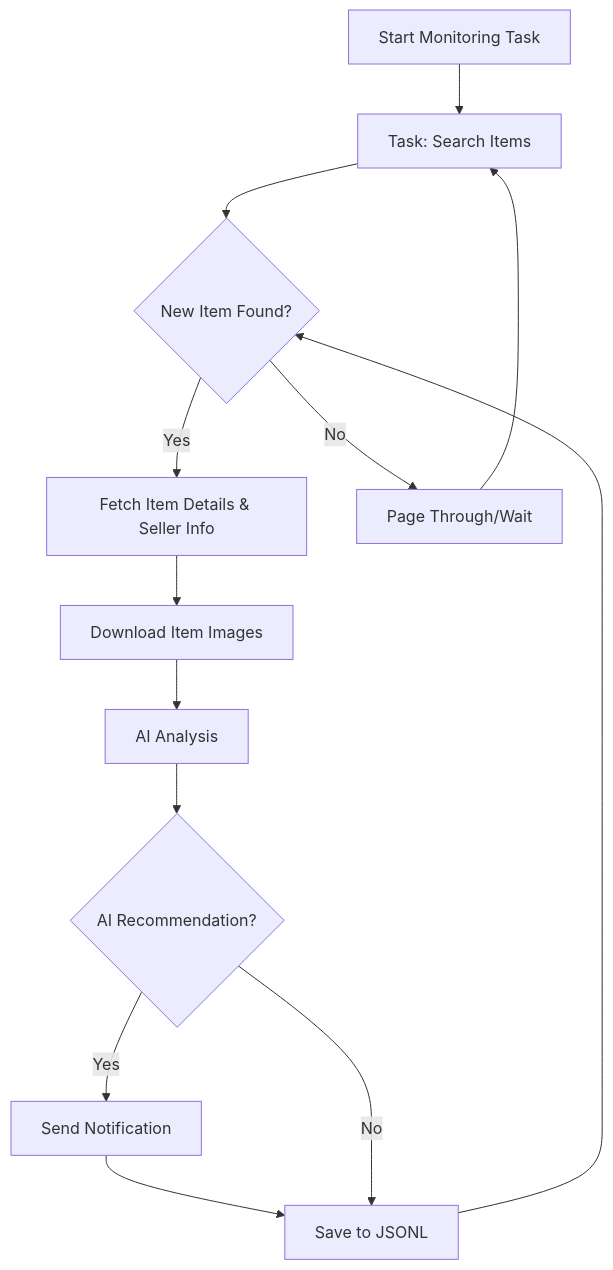
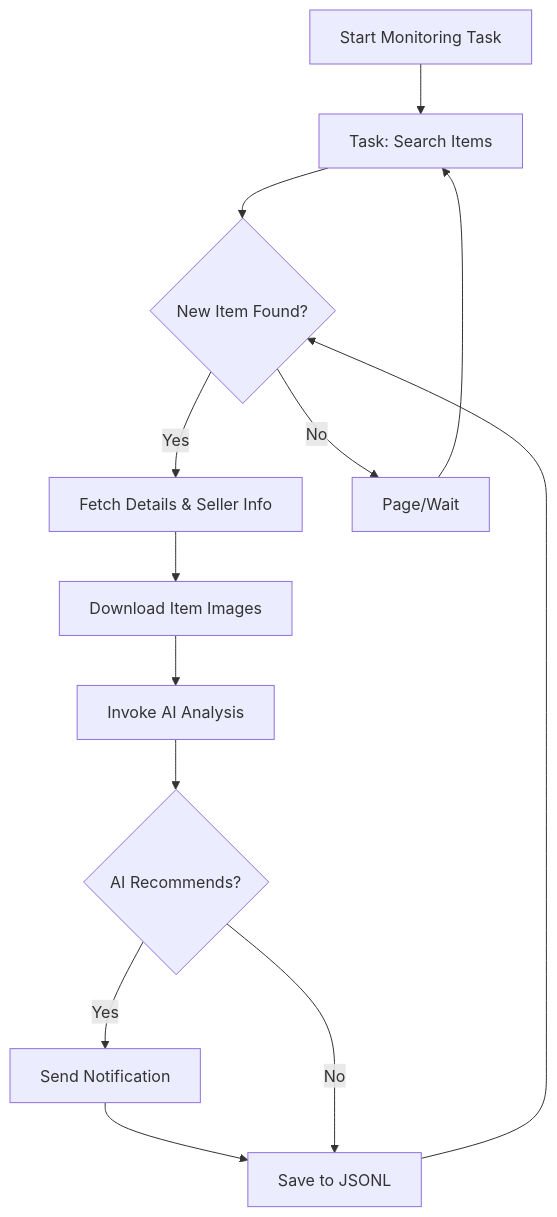
Before and after one commit to saurav-z/repo-docs: the diagram in docs/dingyufei615-ai-goofish-monitor.md, drawn with Mermaid. The commit also changed other lines of this file and 209 other files, not shown here.

````diff
--- a/docs/dingyufei615-ai-goofish-monitor.md
+++ b/docs/dingyufei615-ai-goofish-monitor.md
@@ -22,15 +105,15 @@
 ```mermaid
 graph TD
     A[Start Monitoring Task] --> B[Task: Search Items];
     B --> C{New Item Found?};
-    C -- Yes --> D[Fetch Item Details & Seller Info];
+    C -- Yes --> D[Fetch Details & Seller Info];
     D --> E[Download Item Images];
-    E --> F[AI Analysis];
-    F --> G{AI Recommendation?};
+    E --> F[Invoke AI Analysis];
+    F --> G{AI Recommends?};
     G -- Yes --> H[Send Notification];
     H --> I[Save to JSONL];
     G -- No --> I;
-    C -- No --> J[Page Through/Wait];
+    C -- No --> J[Page/Wait];
     J --> B;
     I --> C;
 ```
````
